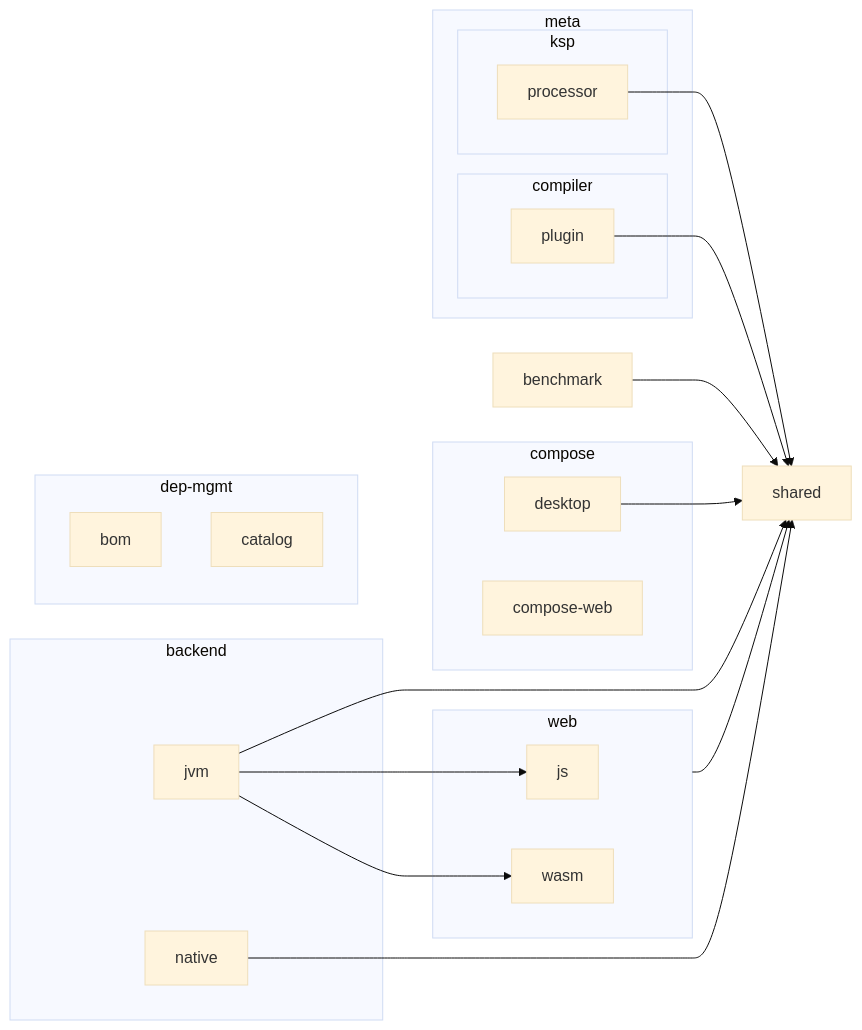
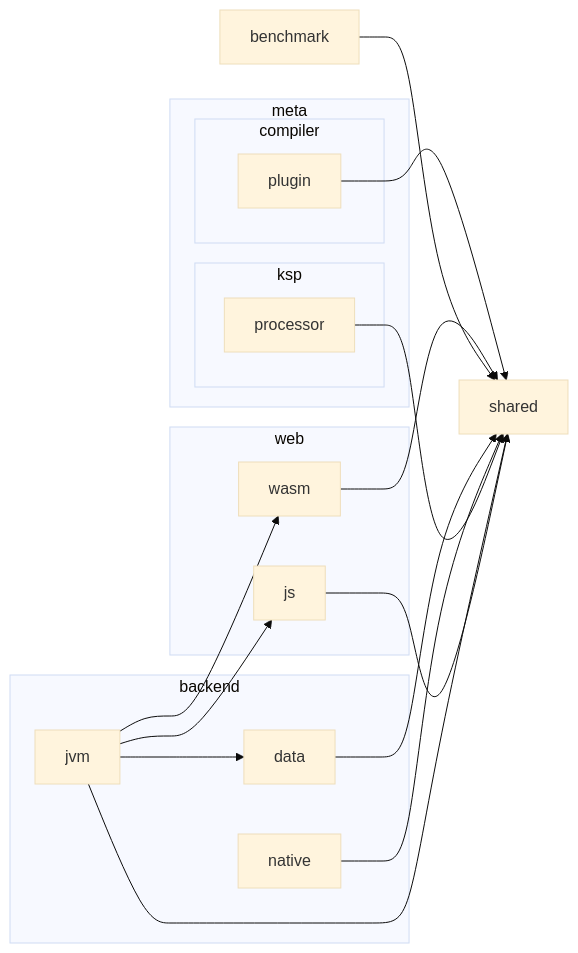
The diagram in README.md (sureshg/kotlin-mpp-playground), drawn with Mermaid before and after one commit. The commit also changed 13 other files, not shown here.

````diff
--- a/README.md
+++ b/README.md
@@ -167,45 +167,41 @@
 ```mermaid
 %%{
   init: {
     'theme': 'base'
   }
 }%%
+
 graph LR
-    subgraph backend
-        jvm
-        native
-    end
-    subgraph web
-        js
-        wasm
-    end
-    subgraph compose
-        desktop
-        compose-web
-    end
-    subgraph dep-mgmt
-        bom
-        catalog
-    end
-    subgraph meta
-        compiler
-        ksp
-    end
-    subgraph compiler
-        compiler
-        plugin
-    end
-    subgraph ksp
-        ksp
-        processor
-    end
-    plugin --> shared
-    web --> shared
-    desktop --> shared
-    native --> shared
-    processor --> shared
-    jvm --> shared
-    jvm --> js
-    jvm --> wasm
-    benchmark --> shared
+  subgraph backend
+    jvm
+    data
+    native
+  end
+  subgraph meta
+    compiler
+    ksp
+  end
+  subgraph compiler
+    compiler
+    plugin
+  end
+  subgraph ksp
+    ksp
+    processor
+  end
+  subgraph web
+    wasm
+    js
+  end
+  plugin --> shared
+  wasm --> shared
+  benchmark --> shared
+  data --> shared
+  native --> shared
+  processor --> shared
+  jvm --> shared
+  jvm --> data
+  jvm --> js
+  jvm --> wasm
+  js --> shared
 ```
````
